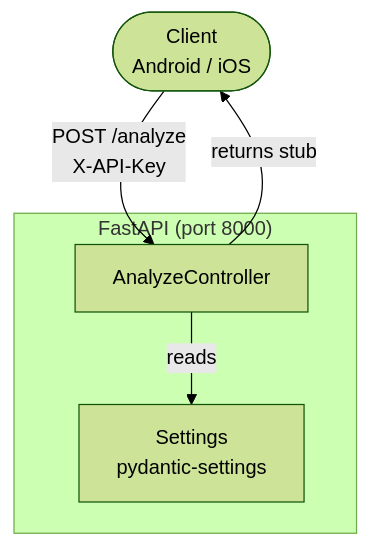
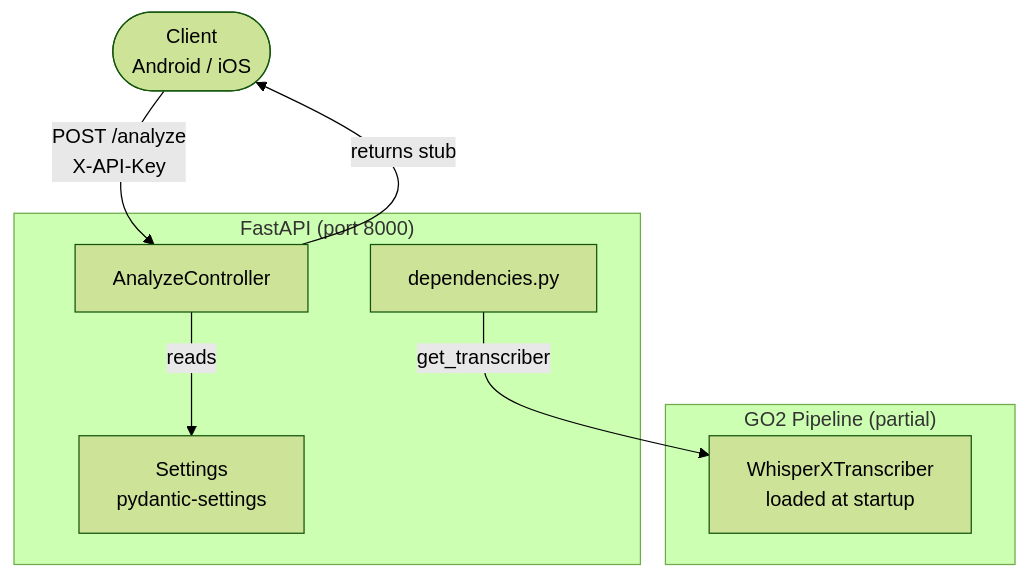
Before and after one commit to ChristianNemeno/SE-Module-02: the first of 2 diagrams in docs/uml/component/system-architecture.md, drawn with Mermaid (forest theme). The commit also changed other lines of this file and 7 other files, not shown here.

````diff
--- a/docs/uml/component/system-architecture.md
+++ b/docs/uml/component/system-architecture.md
@@ -5,12 +5,18 @@
 ```mermaid
 flowchart TD
     Client([Client\nAndroid / iOS]) -->|POST /analyze\nX-API-Key| Controller
 
     subgraph FastAPI["FastAPI (port 8000)"]
         Controller[AnalyzeController]
         Config[Settings\npydantic-settings]
+        Deps[dependencies.py]
+    end
+
+    subgraph GO2["GO2 Pipeline (partial)"]
+        T[WhisperXTranscriber\nloaded at startup]
     end
 
     Controller -->|reads| Config
+    Deps -->|get_transcriber| T
     Controller -->|returns stub| Client
 ```
````
